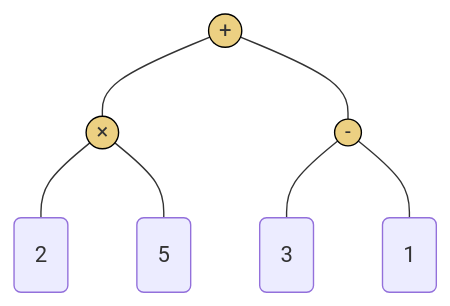
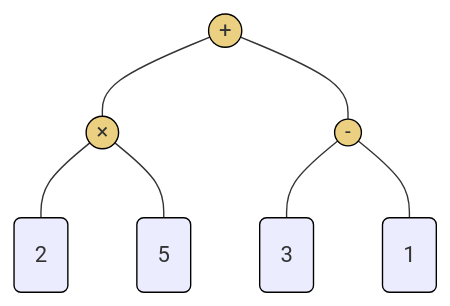
Before and after one commit to ruslylove/datastruct: the fifth of 12 diagrams in lectures/lect-9-Trees.md, drawn with Mermaid. The commit also changed other lines of this file and 1 other file, not shown here.

Commit message:
update diagram and consolidate slides

````diff
--- a/lectures/lect-9-Trees.md
+++ b/lectures/lect-9-Trees.md
@@ -315,18 +372,20 @@
 ```mermaid
 graph TD
     A((#43;))
     B((#215;))
     C((#45;))
 
     A --- B
     A --- C
     B --- D("2")
     B --- E("5")
     C --- F("3")
     C --- G("1")
 
-    style A fill:#ecd082,stroke:black;
-    style B fill:#ecd082,stroke:black;
-    style C fill:#ecd082,stroke:black;
+    class A,B,C internal;
+    class D,E,F,G external;
+
+    classDef internal fill:#ecd082,stroke:black;
+    classDef external stroke:black;
 
 ```
````
